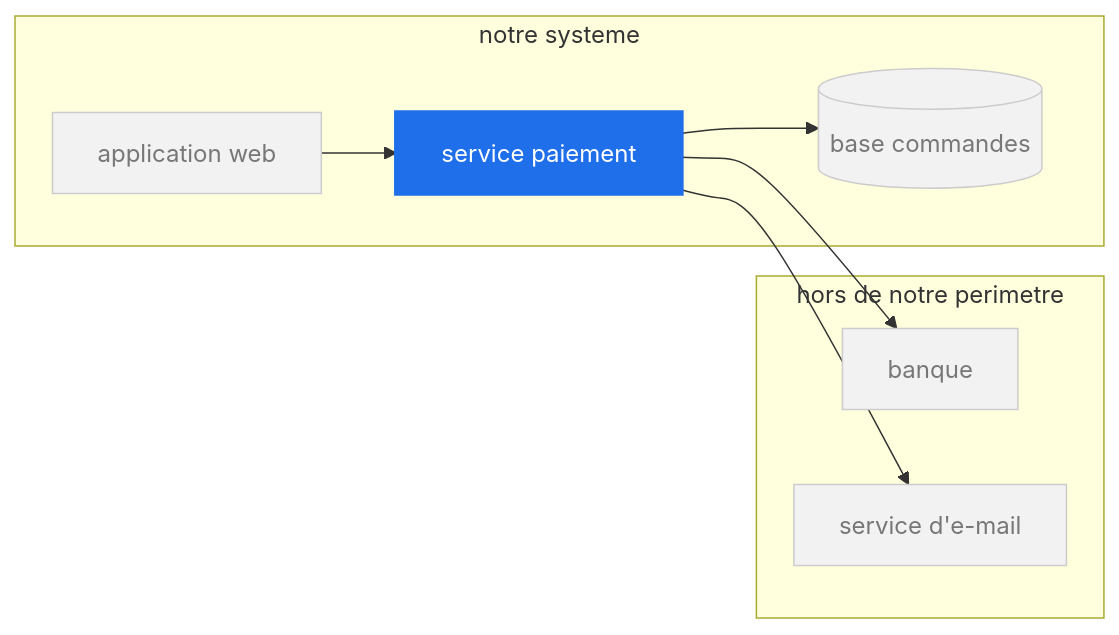
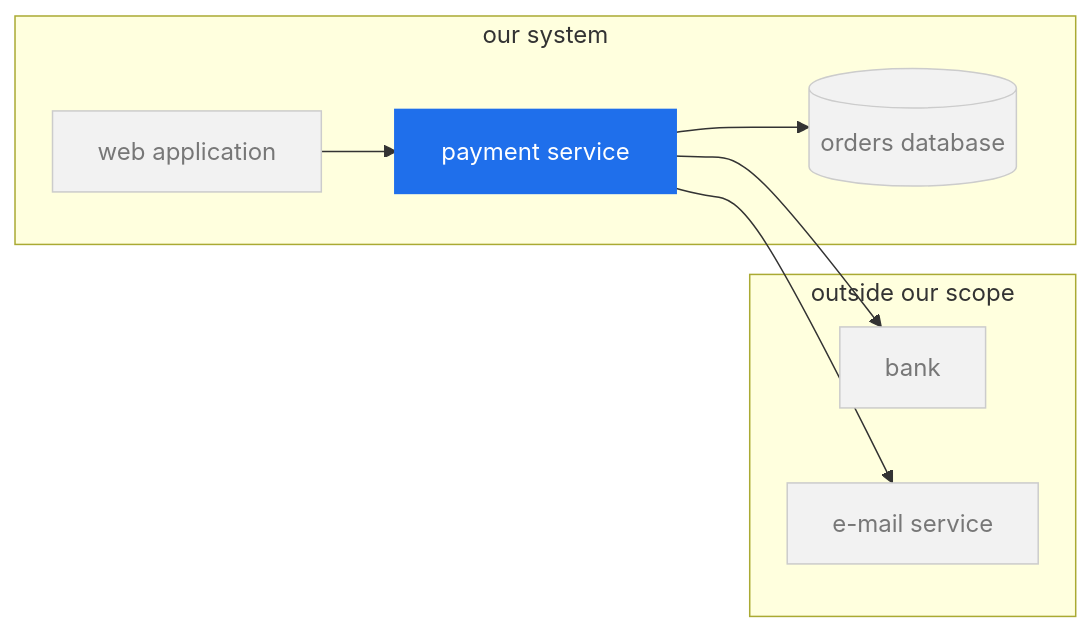
One commit to MasterLaplace/LplCraftSkills changed the fifth of 7 diagrams in skills/se-faire-comprendre/references/visuels.md. Above: the diagram before and after it, drawn with Mermaid. The commit also changed other lines of this file and 16 other files, not shown here.

First line of the commit message:
docs: Mermaid diagram text moves to English, the prose stays French

````diff
--- a/skills/se-faire-comprendre/references/visuels.md
+++ b/skills/se-faire-comprendre/references/visuels.md
@@ -97,17 +97,17 @@
 ```mermaid
 flowchart LR
-  subgraph EXT["hors de notre perimetre"]
-    Banque["banque"]:::ctx
-    Mail["service d'e-mail"]:::ctx
+  subgraph EXT["outside our scope"]
+    Banque["bank"]:::ctx
+    Mail["e-mail service"]:::ctx
   end
-  subgraph SYS["notre systeme"]
-    Web["application web"]:::ctx
-    Pay["service paiement"]:::focus
-    Db[("base commandes")]:::ctx
+  subgraph SYS["our system"]
+    Web["web application"]:::ctx
+    Pay["payment service"]:::focus
+    Db[("orders database")]:::ctx
   end
   Web --> Pay --> Db
   Pay --> Banque
   Pay --> Mail
   classDef focus fill:#1f6feb,color:#ffffff,stroke:#1f6feb,stroke-width:3px
   classDef ctx fill:#f2f2f2,color:#777777,stroke:#cccccc
 ```
````
